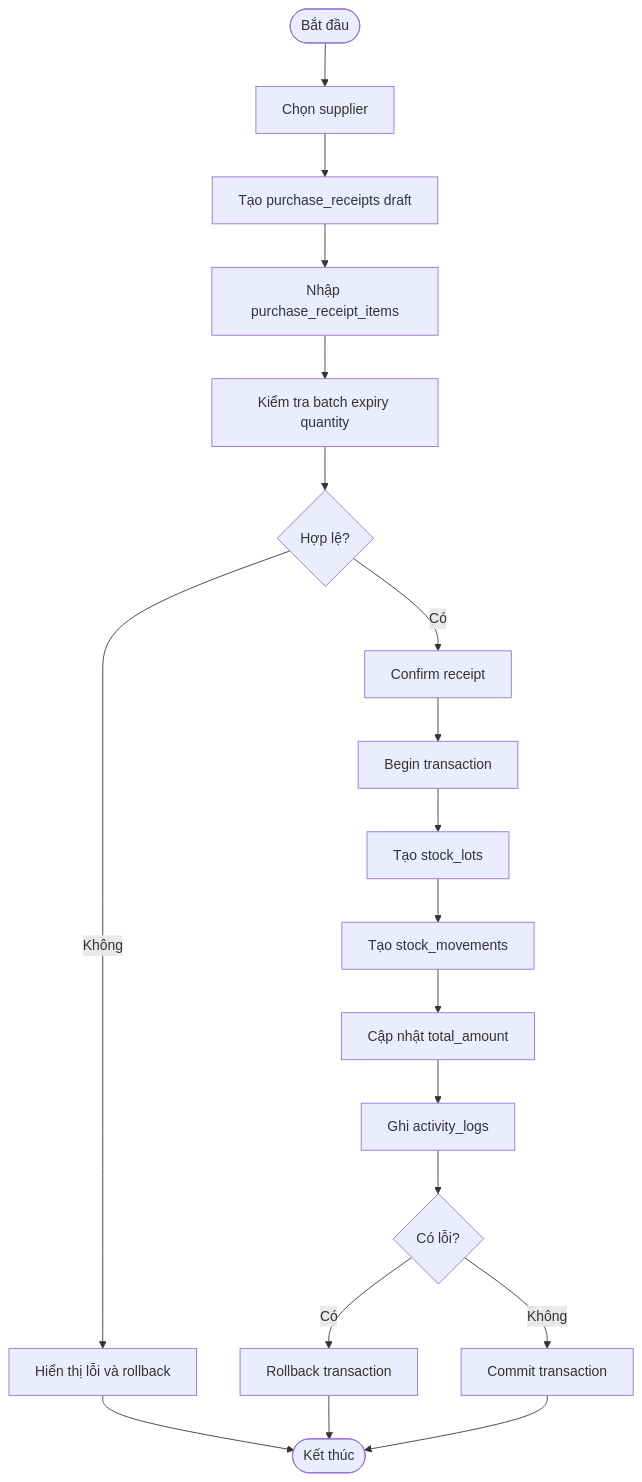
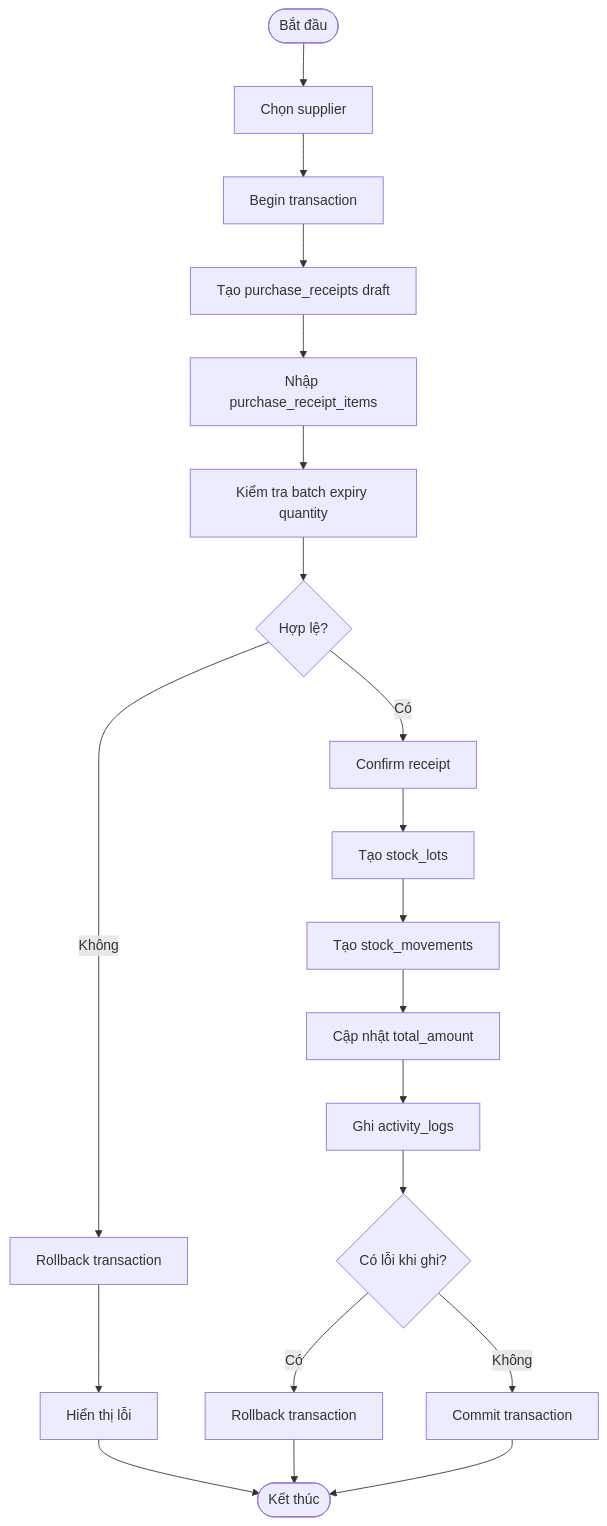
One commit to GiaBao2207/Doan2 changed the second of 6 diagrams in UML/ACTIVITY-DIAGRAM.md. Above: the diagram before and after it, drawn with Mermaid. The commit also changed other lines of this file and 1 other file, not shown here.

````diff
--- a/UML/ACTIVITY-DIAGRAM.md
+++ b/UML/ACTIVITY-DIAGRAM.md
@@ -30,18 +30,20 @@
 ```mermaid
 flowchart TD
     A([Bắt đầu]) --> B[Chọn supplier]
-    B --> C[Tạo purchase_receipts draft]
-    C --> D[Nhập purchase_receipt_items]
-    D --> E[Kiểm tra batch expiry quantity]
-    E --> F{Hợp lệ?}
-    F -- Không --> X[Hiển thị lỗi và rollback] --> Z([Kết thúc])
-    F -- Có --> G[Confirm receipt]
-    G --> H[Begin transaction]
+    B --> C[Begin transaction]
+    C --> D[Tạo purchase_receipts draft]
+    D --> E[Nhập purchase_receipt_items]
+    E --> F[Kiểm tra batch expiry quantity]
+    F --> G{Hợp lệ?}
+    G -- Không --> X[Rollback transaction]
+    X --> Y[Hiển thị lỗi]
+    Y --> Z([Kết thúc])
+    G -- Có --> H[Confirm receipt]
     H --> I[Tạo stock_lots]
     I --> J[Tạo stock_movements]
     J --> K[Cập nhật total_amount]
     K --> L[Ghi activity_logs]
-    L --> M{Có lỗi?}
+    L --> M{Có lỗi khi ghi?}
     M -- Có --> N[Rollback transaction] --> Z
     M -- Không --> O[Commit transaction] --> Z
 ```
````
